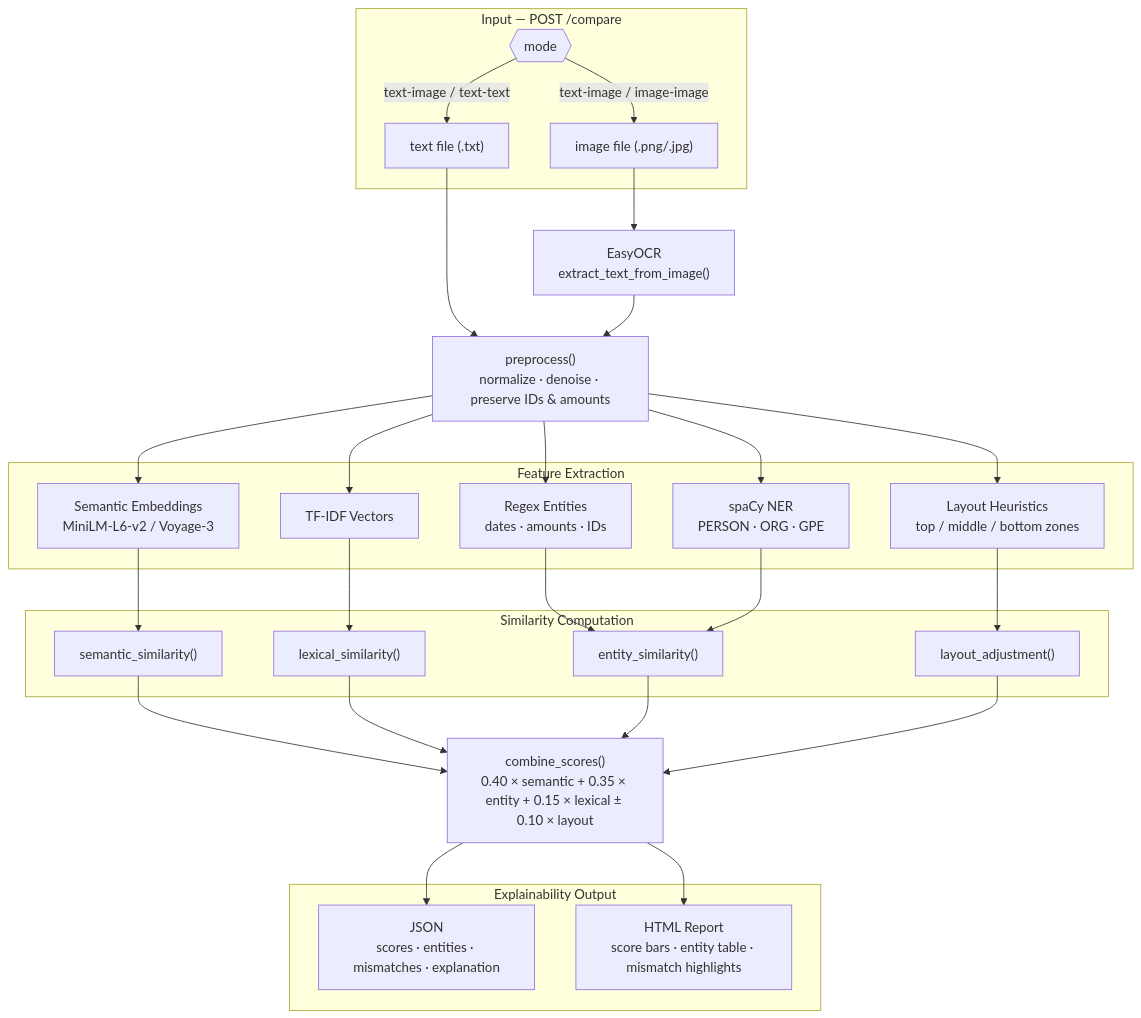
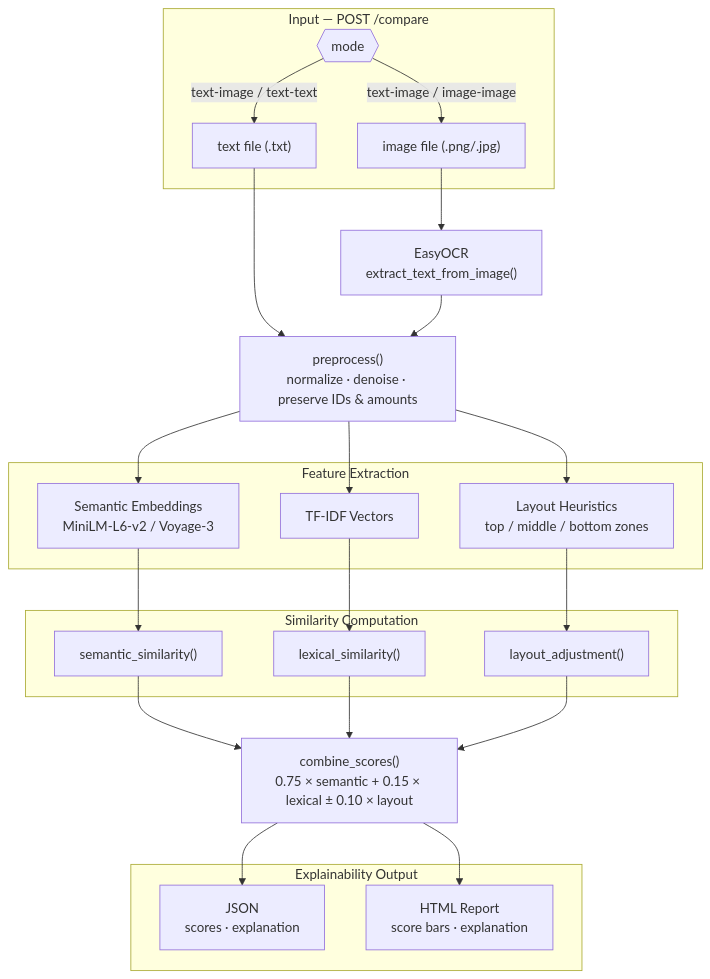
The diagram in README.md (Rudra-J/IMG-TXT-Similarity), drawn with Mermaid before and after one commit. The commit also changed other lines of this file, not shown here.

Commit message:
final submit

````diff
--- a/README.md
+++ b/README.md
@@ -21,43 +21,39 @@
 ```mermaid
 flowchart TD
     subgraph IN["Input — POST /compare"]
         M{{"mode"}}
         TXT["text file (.txt)"]
         IMG["image file (.png/.jpg)"]
     end
 
     OCR["EasyOCR\nextract_text_from_image()"]
     PRE["preprocess()\nnormalize · denoise · preserve IDs & amounts"]
 
     subgraph FE["Feature Extraction"]
         A["Semantic Embeddings\nMiniLM-L6-v2 / Voyage-3"]
         B["TF-IDF Vectors"]
-        C["Regex Entities\ndates · amounts · IDs"]
-        D["spaCy NER\nPERSON · ORG · GPE"]
         E["Layout Heuristics\ntop / middle / bottom zones"]
     end
 
     subgraph SC["Similarity Computation"]
         F["semantic_similarity()"]
         G["lexical_similarity()"]
-        H["entity_similarity()"]
         I["layout_adjustment()"]
     end
 
-    FINAL["combine_scores()\n0.40 × semantic + 0.35 × entity + 0.15 × lexical ± 0.10 × layout"]
+    FINAL["combine_scores()\n0.75 × semantic + 0.15 × lexical ± 0.10 × layout"]
 
     subgraph OUT["Explainability Output"]
-        J["JSON\nscores · entities · mismatches · explanation"]
-        K["HTML Report\nscore bars · entity table · mismatch highlights"]
+        J["JSON\nscores · explanation"]
+        K["HTML Report\nscore bars · explanation"]
     end
 
     M -->|"text-image / text-text"| TXT --> PRE
     M -->|"text-image / image-image"| IMG --> OCR --> PRE
-    PRE --> A & B & C & D & E
+    PRE --> A & B & E
     A --> F
     B --> G
-    C & D --> H
     E --> I
-    F & G & H & I --> FINAL
+    F & G & I --> FINAL
     FINAL --> J & K
 ```
````
